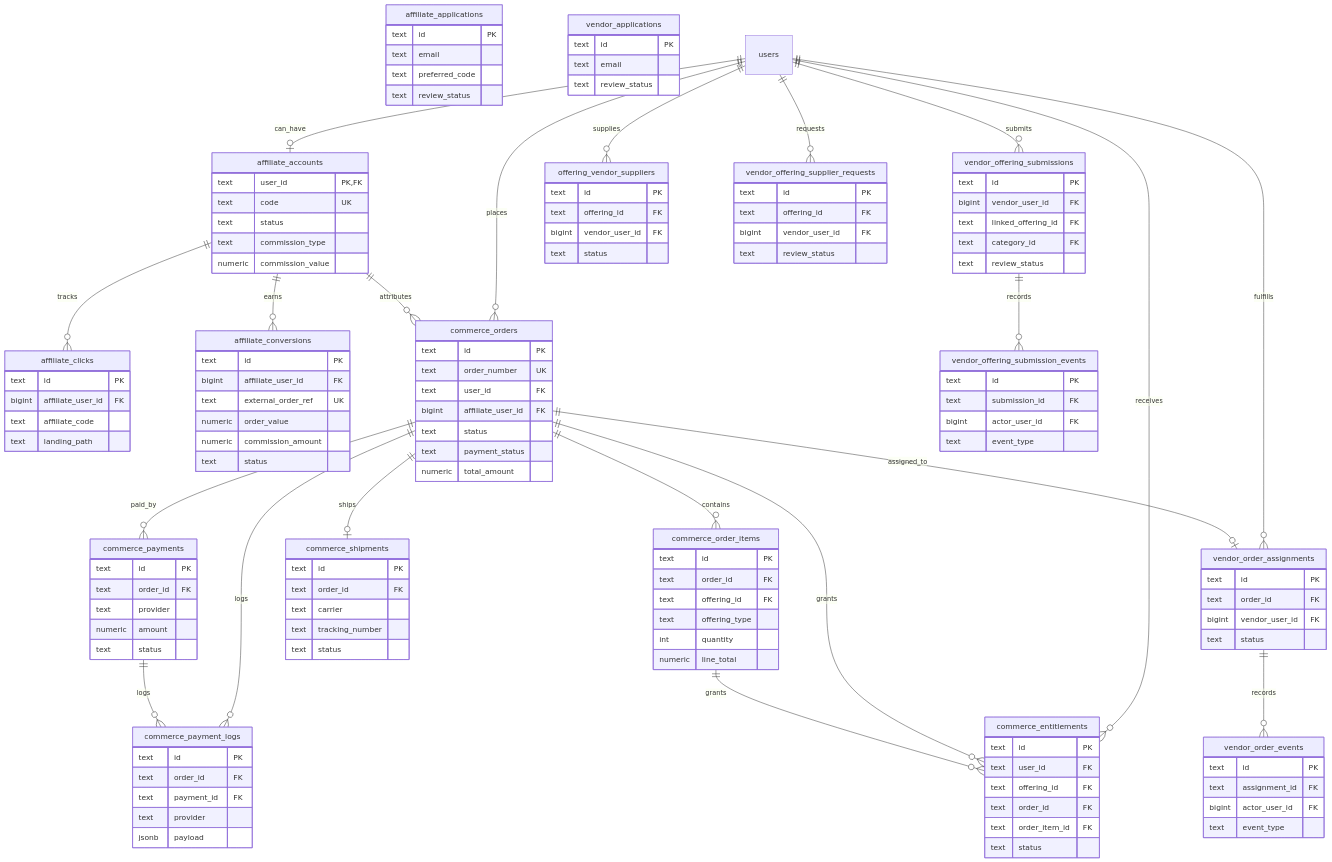
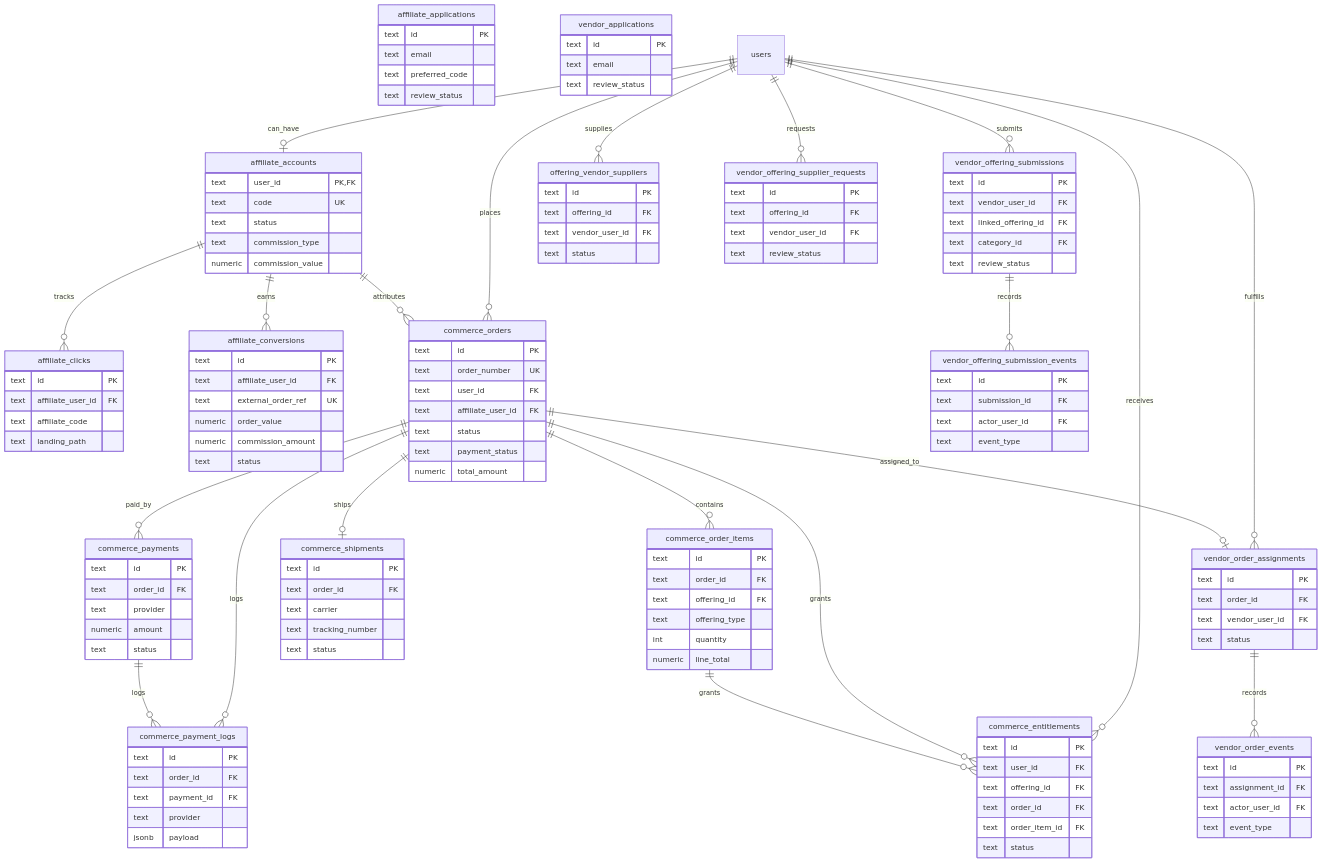
Before and after one commit to hoangpham2263/pinklove: the seventh of 8 diagrams in docs/schema.md, drawn with Mermaid. The commit also changed other lines of this file and 36 other files, not shown here.

```diff
--- a/docs/schema.md
+++ b/docs/schema.md
@@ -696,14 +738,14 @@
 
   affiliate_clicks {
     text id PK
-    bigint affiliate_user_id FK
+    text affiliate_user_id FK
     text affiliate_code
     text landing_path
   }
 
   affiliate_conversions {
     text id PK
-    bigint affiliate_user_id FK
+    text affiliate_user_id FK
     text external_order_ref UK
     numeric order_value
     numeric commission_amount
@@ -721,7 +763,7 @@
     text id PK
     text order_number UK
     text user_id FK
-    bigint affiliate_user_id FK
+    text affiliate_user_id FK
     text status
     text payment_status
     numeric total_amount
@@ -772,20 +814,20 @@
   vendor_order_assignments {
     text id PK
     text order_id FK
-    bigint vendor_user_id FK
+    text vendor_user_id FK
     text status
   }
 
   vendor_order_events {
     text id PK
     text assignment_id FK
-    bigint actor_user_id FK
+    text actor_user_id FK
     text event_type
   }
 
   vendor_offering_submissions {
     text id PK
-    bigint vendor_user_id FK
+    text vendor_user_id FK
     text linked_offering_id FK
     text category_id FK
     text review_status
@@ -794,21 +836,21 @@
   vendor_offering_submission_events {
     text id PK
     text submission_id FK
-    bigint actor_user_id FK
+    text actor_user_id FK
     text event_type
   }
 
   offering_vendor_suppliers {
     text id PK
     text offering_id FK
-    bigint vendor_user_id FK
+    text vendor_user_id FK
     text status
   }
 
   vendor_offering_supplier_requests {
     text id PK
     text offering_id FK
-    bigint vendor_user_id FK
+    text vendor_user_id FK
     text review_status
   }
 
```
